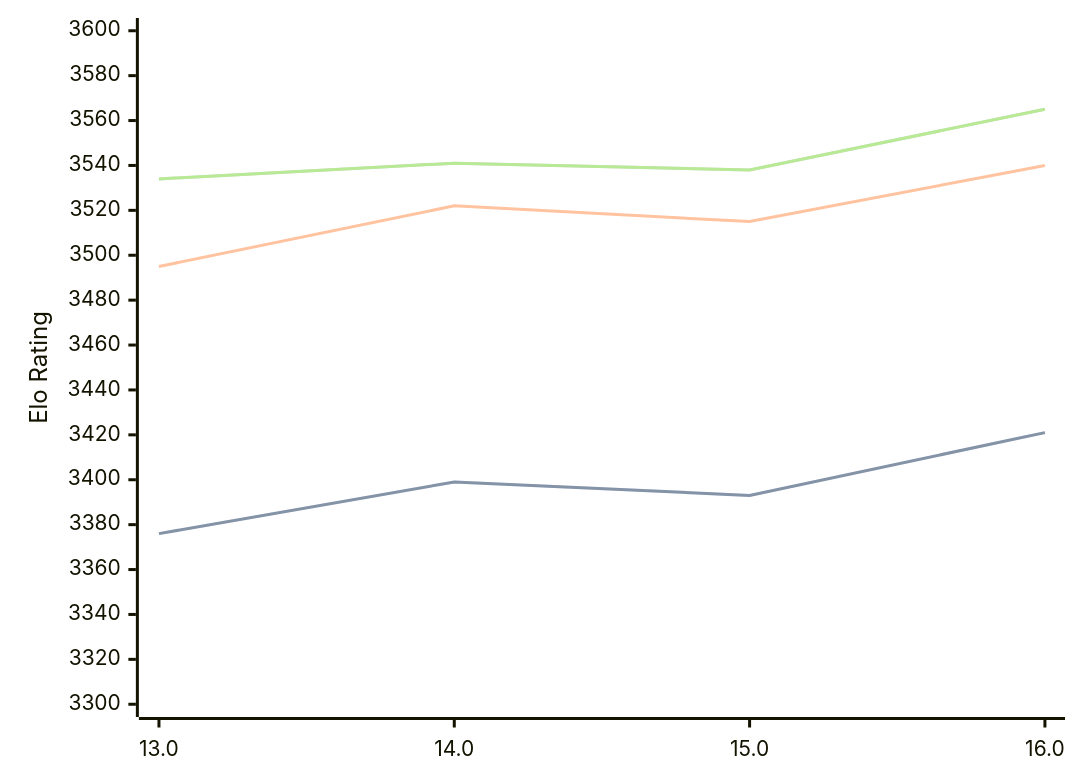
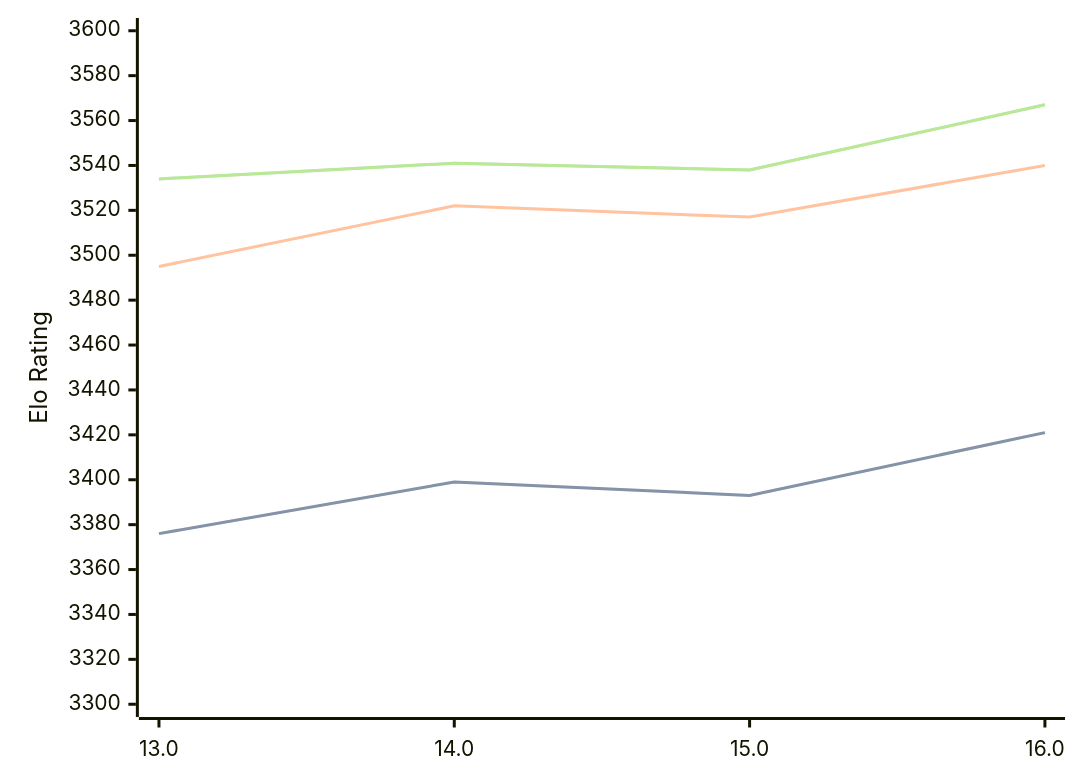
One commit to computer-chess-index/cci changed the first of 3 diagrams in engines/Obsidian.md. Above: the diagram before and after it, drawn with Mermaid. The commit also changed other lines of this file, not shown here.

Commit message:
Update CCI Ratings (ELO VLTC) - 2026-06-15

````diff
--- a/engines/Obsidian.md
+++ b/engines/Obsidian.md
@@ -43,11 +43,11 @@
 ```mermaid
 %%{init: {"theme":"base","themeVariables":{"seriesColors:['#a3a3a3','#222221','#faa371']}}}%%
 xychart-beta
   x-axis ["13.0", "14.0", "15.0", "16.0"]
   y-axis "Elo Rating" 3300 --> 3600
   line "STC (8.0+0.08s)" [3376, 3399, 3393, 3421]
   line "STC (8.0+0.08s)" [3376, 3399, 3393, 3421]
-  line "LTC (60.0+0.60s)" [3495, 3522, 3515, 3540]
-  line "VLTC (2m24s+1.12s)" [3534, 3541, 3538, 3565]
-  line "VLTC (2m24s+1.12s)" [3534, 3541, 3538, 3565]
+  line "LTC (60.0+0.60s)" [3495, 3522, 3517, 3540]
+  line "VLTC (2m24s+1.12s)" [3534, 3541, 3538, 3567]
+  line "VLTC (2m24s+1.12s)" [3534, 3541, 3538, 3567]
 ```
````
